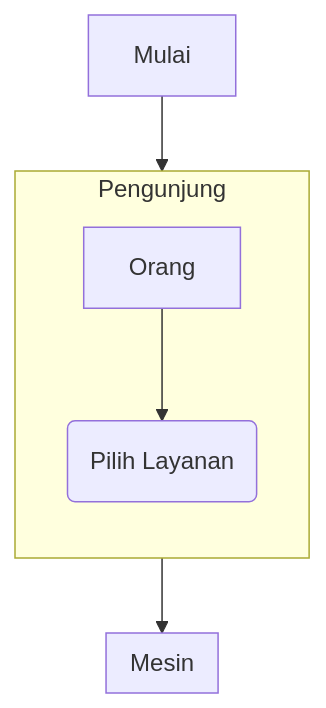
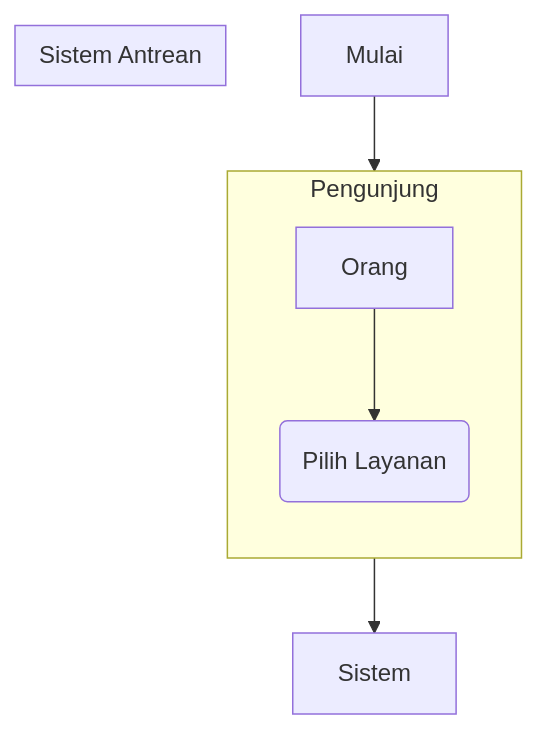
Before and after one commit to rezekikode/diagram: the diagram in flowchart_antrean.mmd, drawn with Mermaid.

```diff
--- a/flowchart_antrean.mmd
+++ b/flowchart_antrean.mmd
@@ -1,9 +1,10 @@
 flowchart TB
   Mulai --> Pengunjung
+  Pengunjung --> Sistem
   subgraph Pengunjung
     direction TB
     Orang --> p1("`Pilih Layanan`")
+  end  
+  subgraph Sistem Antrean
+    direction TB
   end
-  Pengunjung --> Mesin
-  subgraph Mesin
-  end
```
